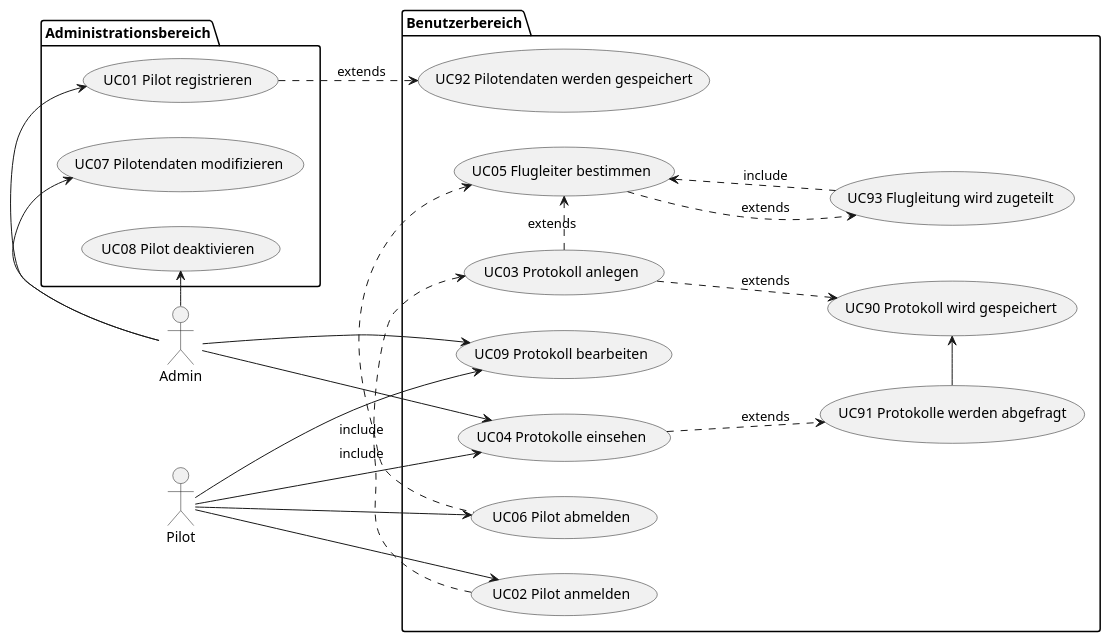
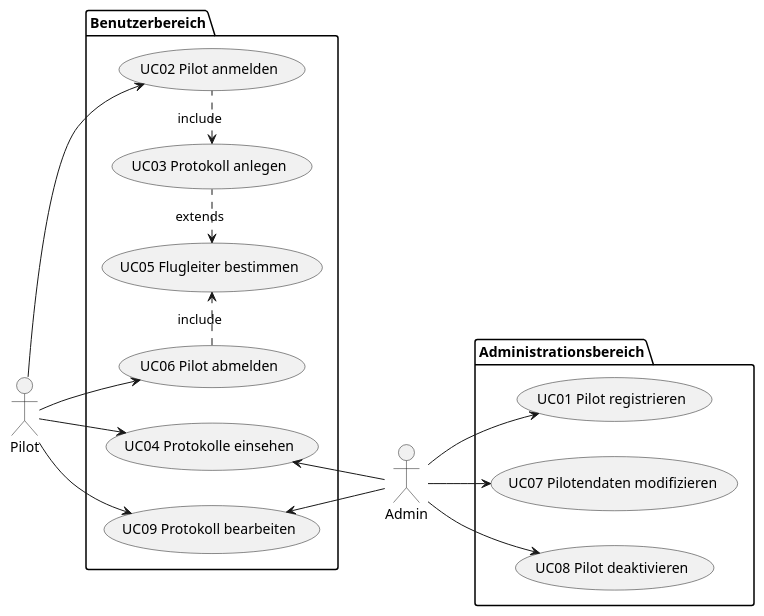
Before and after one commit to jakobkmar/E09-modellflug-logbuch: the diagram in docs/requirements/use-case_model.adoc, drawn with PlantUML. The commit also changed 4 other files, not shown here.

First line of the commit message:
Implement use case diagram feedback from lecture (#56)

```diff
--- a/docs/requirements/use-case_model.adoc
+++ b/docs/requirements/use-case_model.adoc
@@ -25,47 +25,35 @@
 [plantuml, "{diagramsdir}/gesamter Use-Case", svg]
 ....
 @startuml
 left to right direction
 "Admin" as ac01
 "Pilot" as ac02
 package Benutzerbereich {
     "UC02 Pilot anmelden" as (uc02) 
     "UC03 Protokoll anlegen" as (uc03)
     "UC04 Protokolle einsehen" as (uc04)
     "UC05 Flugleiter bestimmen" as (uc05)
     "UC06 Pilot abmelden" as (uc06)
     "UC09 Protokoll bearbeiten" as (uc09)
-    "UC90 Protokoll wird gespeichert" as (uc90)
-    "UC91 Protokolle werden abgefragt" as (uc91)
-    "UC92 Pilotendaten werden gespeichert" as (uc92)
-    "UC93 Flugleitung wird zugeteilt" as (uc93)
 }
 
 package Administrationsbereich {
     "UC01 Pilot registrieren" as (uc01)
     "UC07 Pilotendaten modifizieren" as (uc07)
     "UC08 Pilot deaktivieren" as (uc08)
 
 }
-ac01 -l-> uc01
-ac01 -d-> uc04
-
-ac01 -l-> uc07
-ac01 -l-> uc08
-
-ac01 --> uc09
+ac01 -d-> uc01
+ac01 -u-> uc04
+ac01 -d-> uc07
+ac01 -d-> uc08
+ac01 -u-> uc09
 ac02 -d-> uc02
 ac02 -d-> uc06
-ac02 --> uc09
-ac02 --> uc04
-uc01 .d.> uc92 :extends
-uc02 .r.> uc03 :include
-uc03 .r.> uc05 :extends
-uc03 .d.> uc90 :extends
-uc04 .d.> uc91 :extends
-uc05 .d.> uc93 :extends
-uc06 .l.> uc05 :include
-uc91 -r-> uc90
-uc93 .u.> uc05 :include
+ac02 -u-> uc09
+ac02 -u-> uc04
+uc02 .l.> uc03 :include
+uc03 .l.> uc05 :extends
+uc06 .r.> uc05 :include
 @enduml
 ....
```
